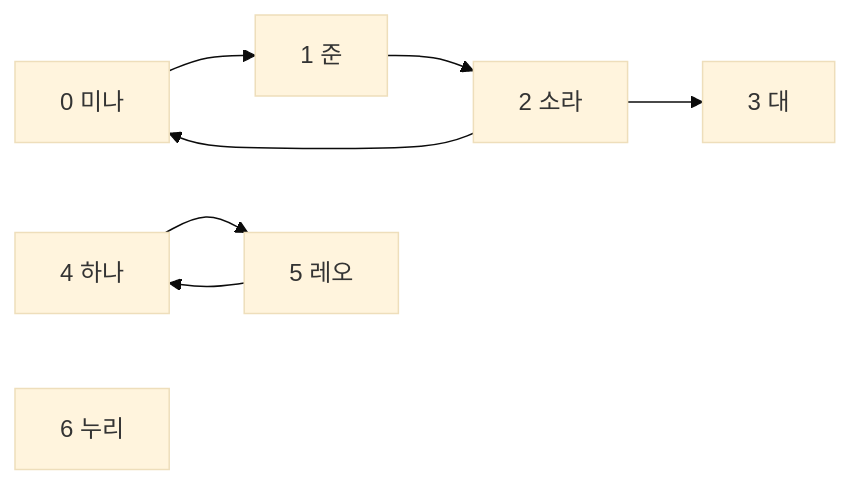
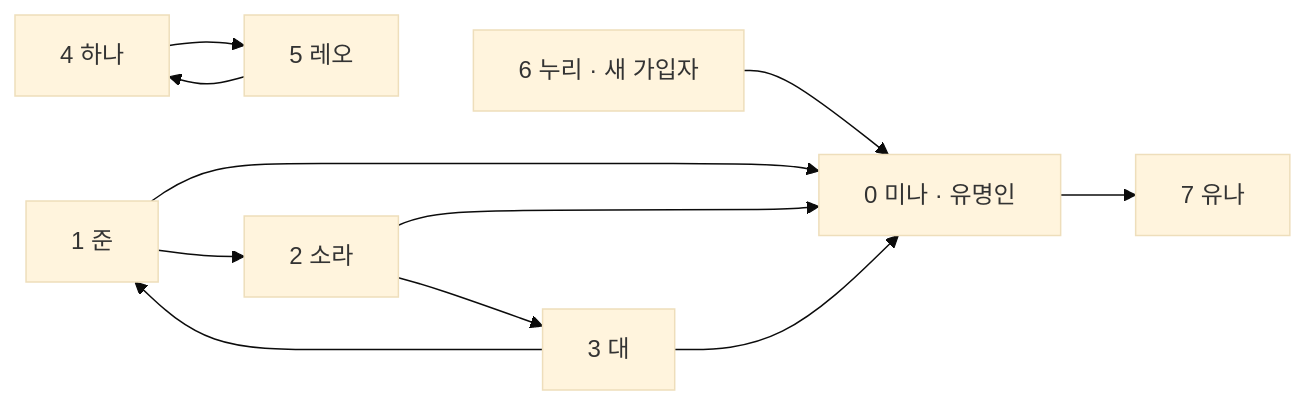
Before and after one commit to chaebkimm/data_structure_2026: the diagram in module_03_graph/student/textbook_korean.md, drawn with Mermaid (base theme). The commit also changed other lines of this file and 7 other files, not shown here.

Commit message:
chapter 3 graph

````diff
--- a/module_03_graph/student/textbook_korean.md
+++ b/module_03_graph/student/textbook_korean.md
@@ -27,10 +11,13 @@
 ```mermaid
 flowchart LR
-    mina["0 미나"] --> joon["1 준"]
+    nuri["6 누리 · 새 가입자"] --> mina["0 미나 · 유명인"]
+    mina --> yuna["7 유나"]
+    joon["1 준"] --> mina
     joon --> sora["2 소라"]
     sora --> mina
     sora --> dae["3 대"]
+    dae --> mina
+    dae --> joon
     hana["4 하나"] --> leo["5 레오"]
     leo --> hana
-    nuri["6 누리"]
 ```
````
